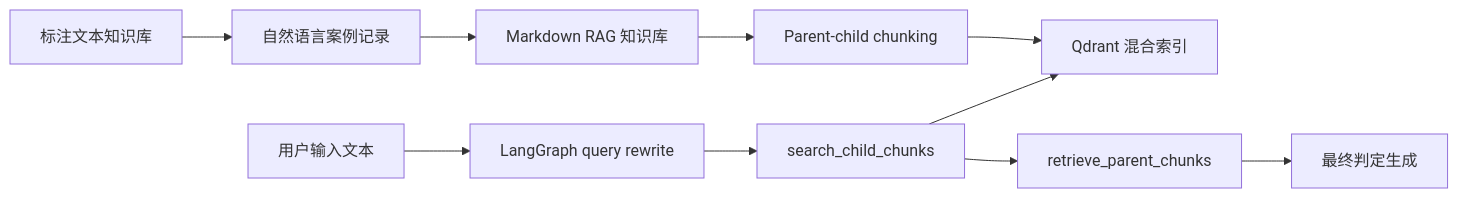
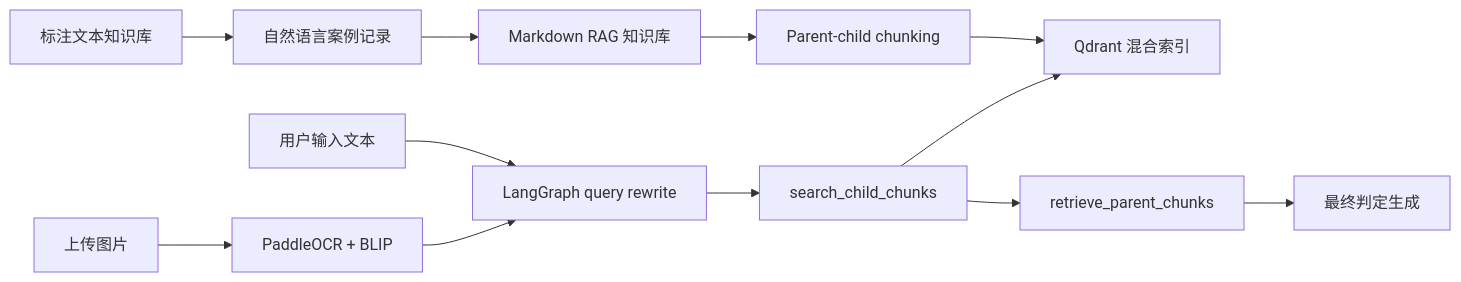
Before and after one commit to GuMiShDo666/RumerDetection-rag: the diagram in README.zh-CN.md, drawn with Mermaid. The commit also changed other lines of this file and 9 other files, not shown here.

Commit message:
Add image rumor detection with OCR and BLIP

````diff
--- a/README.zh-CN.md
+++ b/README.zh-CN.md
@@ -60,12 +61,14 @@
 ```mermaid
 flowchart LR
     A["标注文本知识库"] --> B["自然语言案例记录"]
     B --> C["Markdown RAG 知识库"]
     C --> D["Parent-child chunking"]
     D --> E["Qdrant 混合索引"]
     F["用户输入文本"] --> G["LangGraph query rewrite"]
+    K["上传图片"] --> L["PaddleOCR + BLIP"]
+    L --> G
     G --> H["search_child_chunks"]
     H --> E
     H --> I["retrieve_parent_chunks"]
     I --> J["最终判定生成"]
 ```
````
